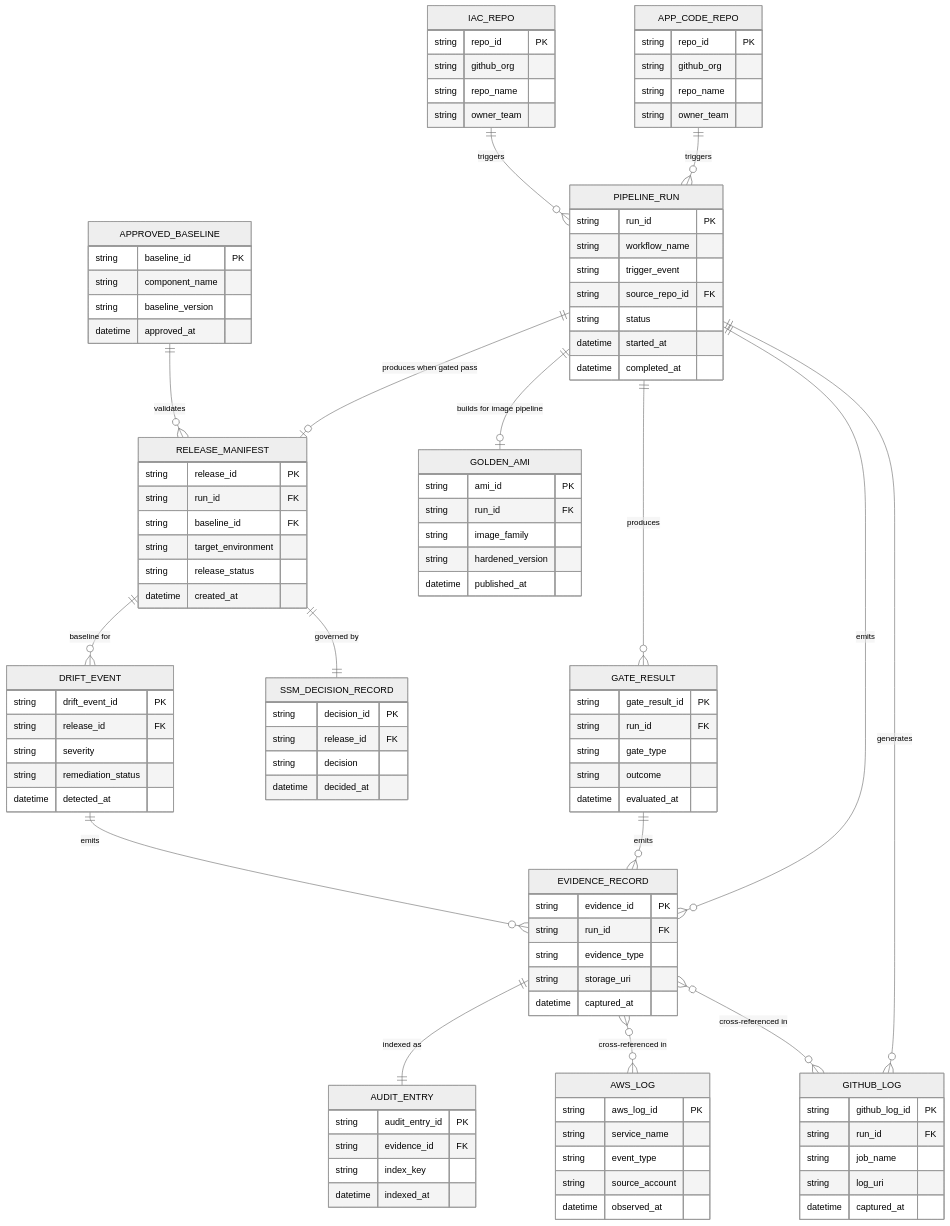
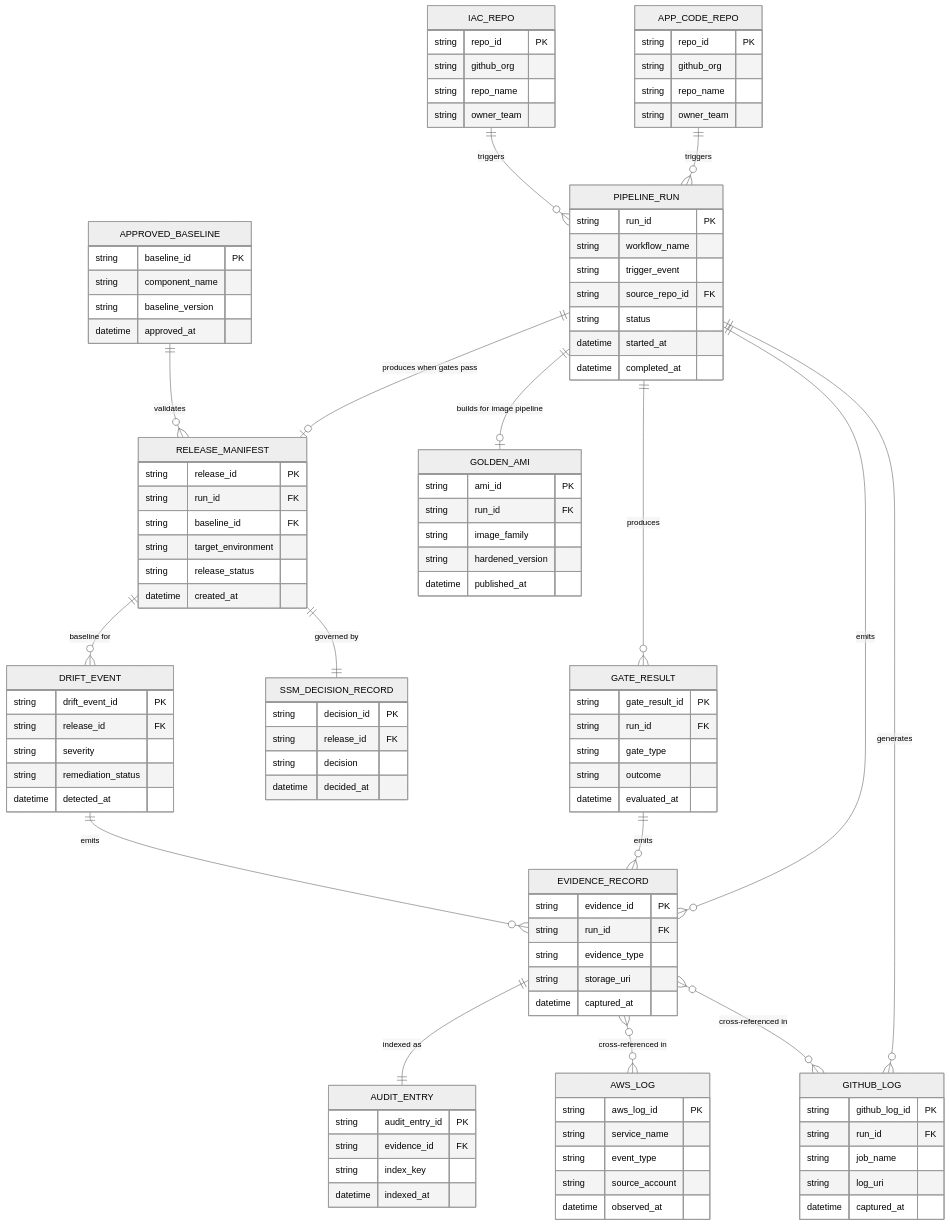
One commit to wingt903/CICD changed the diagram in architecture/data-architecture-erd.mmd. Above: the diagram before and after it, drawn with Mermaid (neutral theme).

Commit message:
Fix ERD relationship label grammar

```diff
--- a/architecture/data-architecture-erd.mmd
+++ b/architecture/data-architecture-erd.mmd
@@ -1,107 +1,107 @@
 erDiagram
 
     APP_CODE_REPO ||--o{ PIPELINE_RUN : "triggers"
     IAC_REPO ||--o{ PIPELINE_RUN : "triggers"
     PIPELINE_RUN ||--o{ GATE_RESULT : "produces"
-    PIPELINE_RUN ||--o| RELEASE_MANIFEST : "produces when gated pass"
+    PIPELINE_RUN ||--o| RELEASE_MANIFEST : "produces when gates pass"
     PIPELINE_RUN ||--o| GOLDEN_AMI : "builds for image pipeline"
     PIPELINE_RUN ||--o{ GITHUB_LOG : "generates"
     PIPELINE_RUN ||--o{ EVIDENCE_RECORD : "emits"
     APPROVED_BASELINE ||--o{ RELEASE_MANIFEST : "validates"
     RELEASE_MANIFEST ||--|| SSM_DECISION_RECORD : "governed by"
     RELEASE_MANIFEST ||--o{ DRIFT_EVENT : "baseline for"
     GATE_RESULT ||--o{ EVIDENCE_RECORD : "emits"
     DRIFT_EVENT ||--o{ EVIDENCE_RECORD : "emits"
     EVIDENCE_RECORD ||--|| AUDIT_ENTRY : "indexed as"
     EVIDENCE_RECORD }o--o{ AWS_LOG : "cross-referenced in"
     EVIDENCE_RECORD }o--o{ GITHUB_LOG : "cross-referenced in"
 
     APP_CODE_REPO {
         string repo_id PK
         string github_org
         string repo_name
         string owner_team
     }
     IAC_REPO {
         string repo_id PK
         string github_org
         string repo_name
         string owner_team
     }
     PIPELINE_RUN {
         string run_id PK
         string workflow_name
         string trigger_event
         string source_repo_id FK
         string status
         datetime started_at
         datetime completed_at
     }
     GATE_RESULT {
         string gate_result_id PK
         string run_id FK
         string gate_type
         string outcome
         datetime evaluated_at
     }
     APPROVED_BASELINE {
         string baseline_id PK
         string component_name
         string baseline_version
         datetime approved_at
     }
     GOLDEN_AMI {
         string ami_id PK
         string run_id FK
         string image_family
         string hardened_version
         datetime published_at
     }
     RELEASE_MANIFEST {
         string release_id PK
         string run_id FK
         string baseline_id FK
         string target_environment
         string release_status
         datetime created_at
     }
     SSM_DECISION_RECORD {
         string decision_id PK
         string release_id FK
         string decision
         datetime decided_at
     }
     DRIFT_EVENT {
         string drift_event_id PK
         string release_id FK
         string severity
         string remediation_status
         datetime detected_at
     }
     EVIDENCE_RECORD {
         string evidence_id PK
         string run_id FK
         string evidence_type
         string storage_uri
         datetime captured_at
     }
     AUDIT_ENTRY {
         string audit_entry_id PK
         string evidence_id FK
         string index_key
         datetime indexed_at
     }
     GITHUB_LOG {
         string github_log_id PK
         string run_id FK
         string job_name
         string log_uri
         datetime captured_at
     }
     AWS_LOG {
         string aws_log_id PK
         string service_name
         string event_type
         string source_account
         datetime observed_at
     }
```
